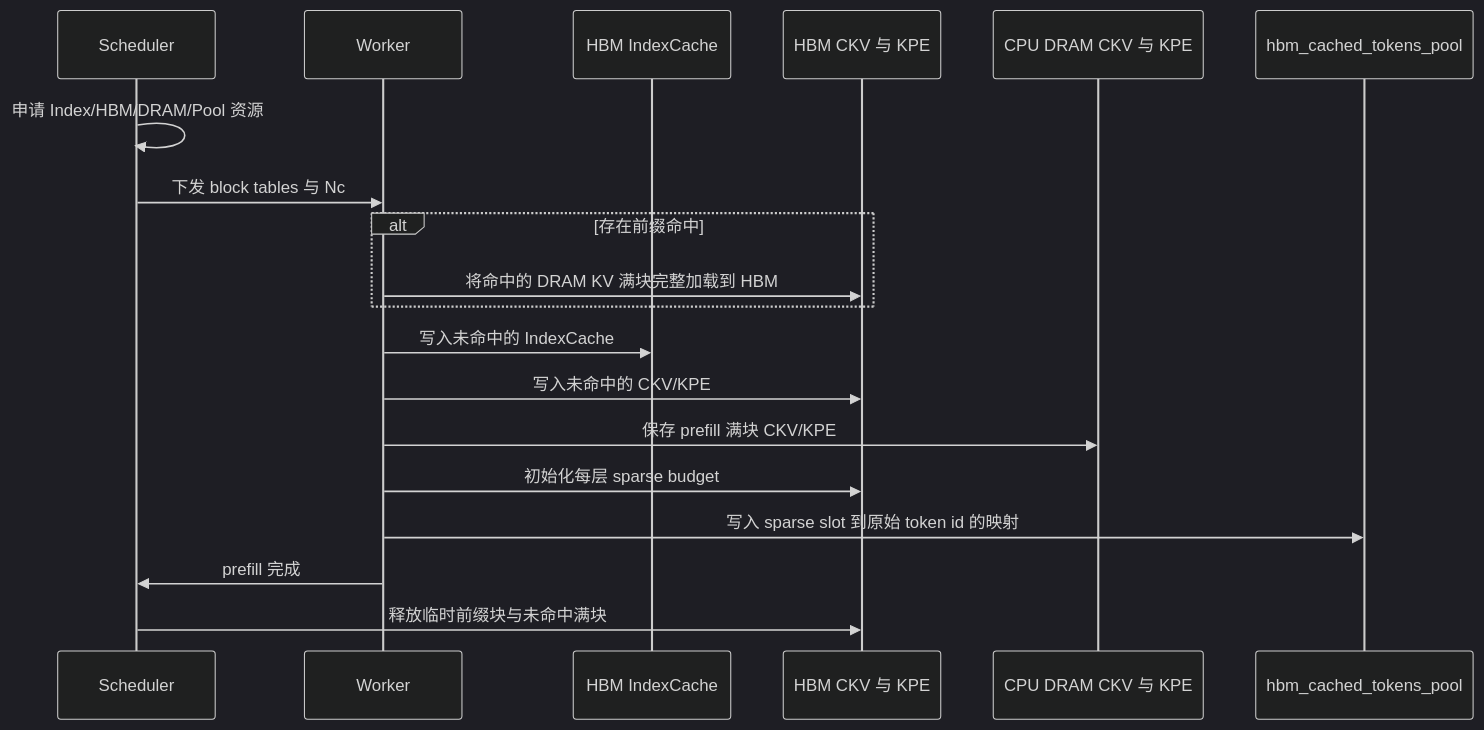
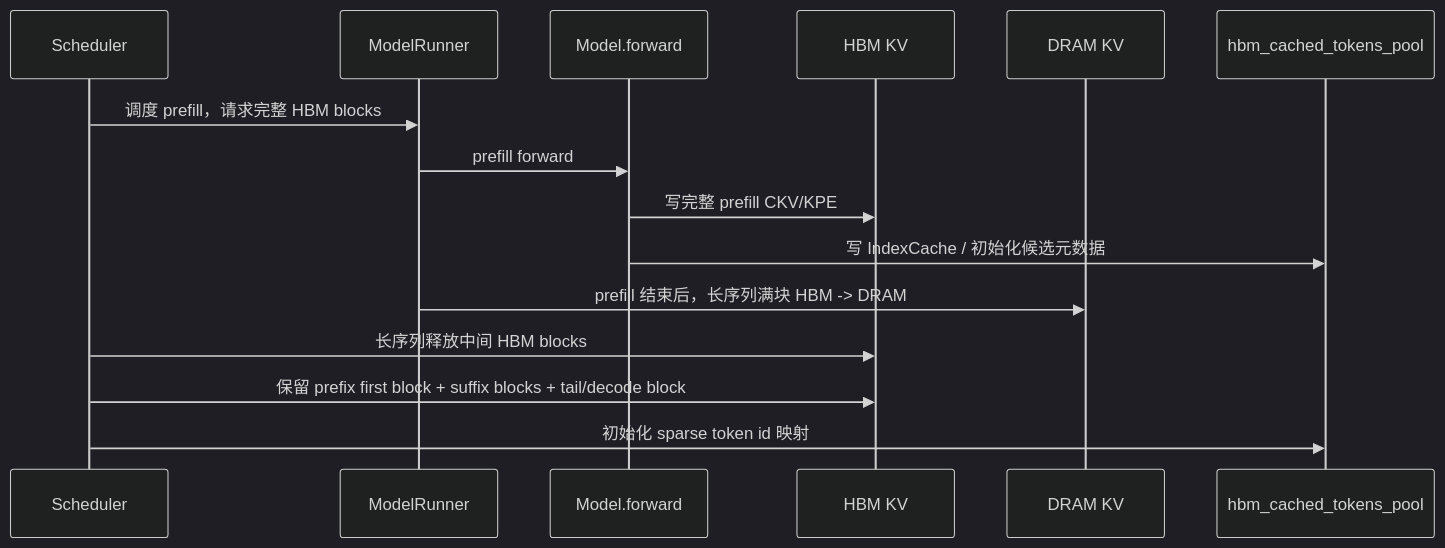
The second of 3 diagrams in DSA-offload设计文档.md (xwLearnsLLM/nanovllm-DSA-offload), drawn with Mermaid (dark theme) before and after one commit. The commit also changed other lines of this file and 146 other files, not shown here.

````diff
--- a/DSA-offload设计文档.md
+++ b/DSA-offload设计文档.md
@@ -362,22 +139,18 @@
 ```mermaid
 sequenceDiagram
     participant S as Scheduler
-    participant W as Worker
-    participant I as HBM IndexCache
-    participant H as HBM CKV 与 KPE
-    participant D as CPU DRAM CKV 与 KPE
+    participant R as ModelRunner
+    participant M as Model.forward
+    participant H as HBM KV
+    participant D as DRAM KV
     participant P as hbm_cached_tokens_pool
 
-    S->>S: 申请 Index/HBM/DRAM/Pool 资源
-    S->>W: 下发 block tables 与 Nc
-    alt 存在前缀命中
-        W->>H: 将命中的 DRAM KV 满块完整加载到 HBM
-    end
-    W->>I: 写入未命中的 IndexCache
-    W->>H: 写入未命中的 CKV/KPE
-    W->>D: 保存 prefill 满块 CKV/KPE
-    W->>H: 初始化每层 sparse budget
-    W->>P: 写入 sparse slot 到原始 token id 的映射
-    W->>S: prefill 完成
-    S->>H: 释放临时前缀块与未命中满块
+    S->>R: 调度 prefill，请求完整 HBM blocks
+    R->>M: prefill forward
+    M->>H: 写完整 prefill CKV/KPE
+    M->>P: 写 IndexCache / 初始化候选元数据
+    R->>D: prefill 结束后，长序列满块 HBM -> DRAM
+    S->>H: 长序列释放中间 HBM blocks
+    S->>H: 保留 prefix first block + suffix blocks + tail/decode block
+    S->>P: 初始化 sparse token id 映射
 ```
````
